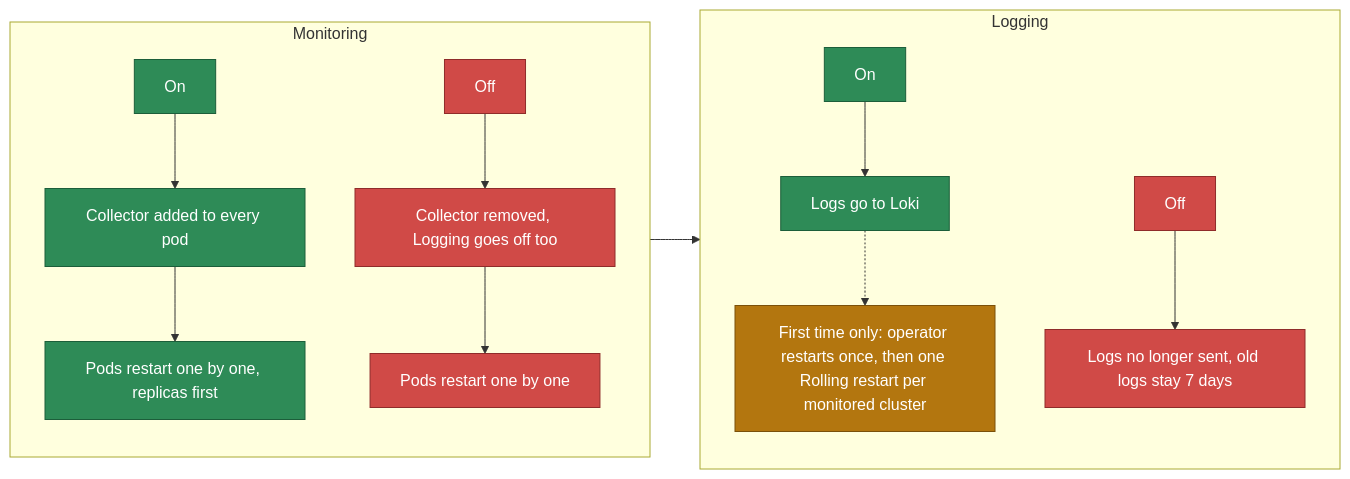
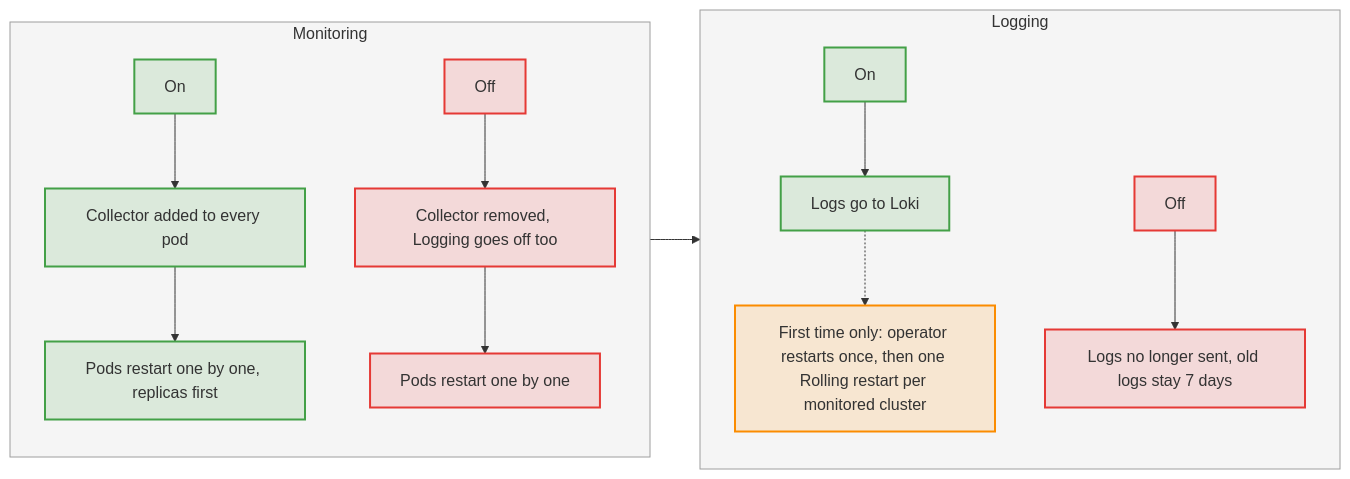
Before and after one commit to AdityaPanchall/keenpg-documentation: the fifth of 8 diagrams in docs/console.md, drawn with Mermaid. The commit also changed other lines of this file and 8 other files, not shown here.

````diff
--- a/docs/console.md
+++ b/docs/console.md
@@ -659,22 +616,24 @@
 ```mermaid
 flowchart LR
     subgraph MON["Monitoring"]
         direction TB
         M1["On"] --> M2["Collector added to every pod"] --> M3["Pods restart one by one, replicas first"]
         M4["Off"] --> M5["Collector removed, Logging goes off too"] --> M6["Pods restart one by one"]
     end
     subgraph LOG["Logging"]
         direction TB
         L1["On"] --> L2["Logs go to Loki"]
         L2 -.-> L3["First time only: operator restarts once, then one Rolling restart per monitored cluster"]
         L4["Off"] --> L5["Logs no longer sent, old logs stay 7 days"]
     end
     MON --> LOG
+    style MON fill:#9e9e9e1a,stroke:#9e9e9e
+    style LOG fill:#9e9e9e1a,stroke:#9e9e9e
 
-    classDef ok fill:#2e8b57,stroke:#1c5e3a,color:#fff
-    classDef warn fill:#b3760f,stroke:#7a500a,color:#fff
-    classDef bad fill:#d04a47,stroke:#8f2c2a,color:#fff
+    classDef ok fill:#43a04726,stroke:#43a047,stroke-width:2px
+    classDef warn fill:#fb8c0026,stroke:#fb8c00,stroke-width:2px
+    classDef bad fill:#e5393526,stroke:#e53935,stroke-width:2px
     class M1,M2,M3,L1,L2 ok
     class M4,M5,M6,L4,L5 bad
     class L3 warn
 ```
````
